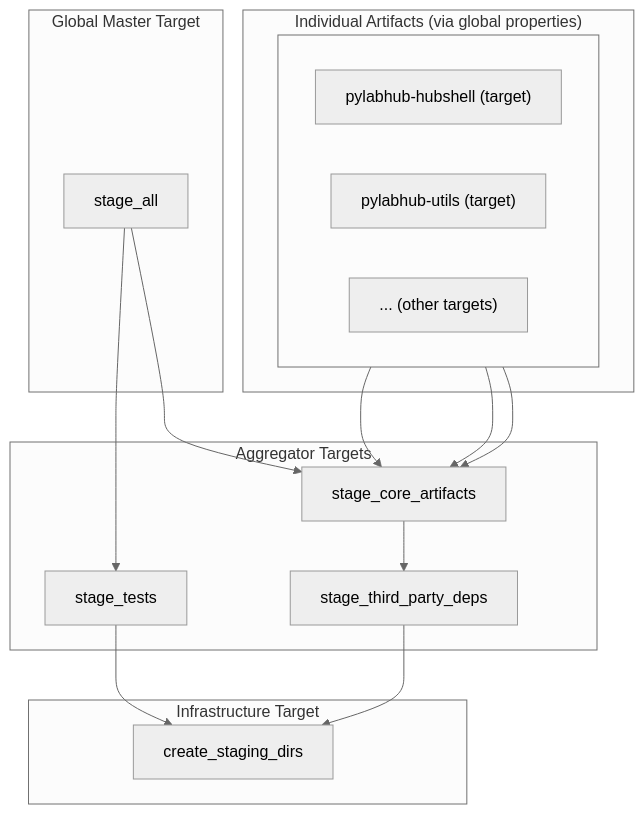
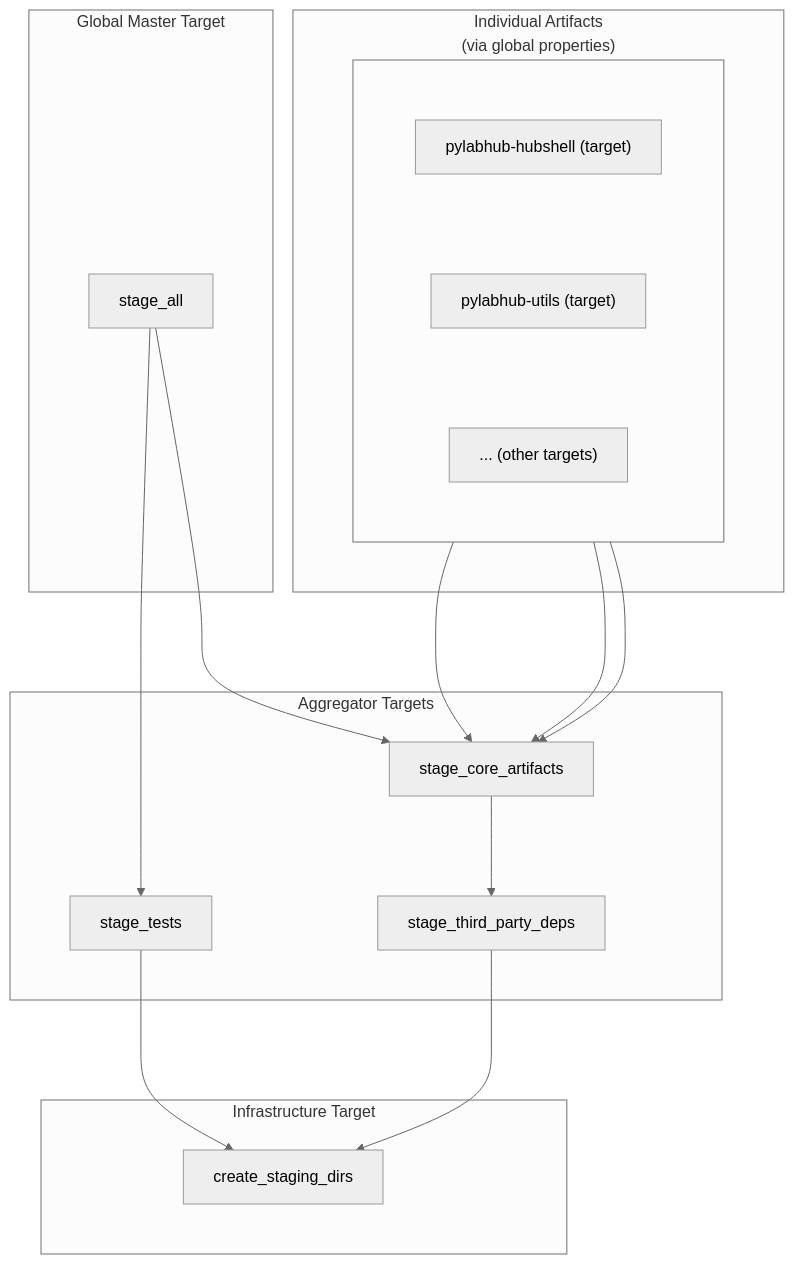
Before and after one commit to Qing-LAB/pylabhub: the second of 2 diagrams in cpp/docs/README_CMake_Design.md, drawn with Mermaid (neutral theme). The commit also changed 1 other file, not shown here.

Commit message:
add add-ons support

````diff
--- a/cpp/docs/README_CMake_Design.md
+++ b/cpp/docs/README_CMake_Design.md
@@ -74,34 +74,35 @@
 ```mermaid
+%%{ init : { "flowchart" : { "rankSpacing": 100, "nodeSpacing": 100 } } }%%
 graph TD
     subgraph "Global Master Target"
         stage_all;
     end
     
     subgraph "Aggregator Targets"
         stage_core_artifacts;
         stage_third_party_deps;
         stage_tests;
     end
     
     subgraph "Infrastructure Target"
       create_staging_dirs;
     end
 
     stage_all --> stage_core_artifacts;
     stage_all --> stage_tests;
     
     stage_core_artifacts --> stage_third_party_deps;
 
     stage_tests --> create_staging_dirs;
     stage_third_party_deps --> create_staging_dirs;
 
-    subgraph "Individual Artifacts (via global properties)"
+    subgraph "`Individual Artifacts<br/>(via global properties)`"
         subgraph " "
             direction LR
             A["pylabhub-hubshell (target)"]
             B["pylabhub-utils (target)"]
             C["... (other targets)"]
         end
     end
     A & B & C --> stage_core_artifacts
 ```
````
